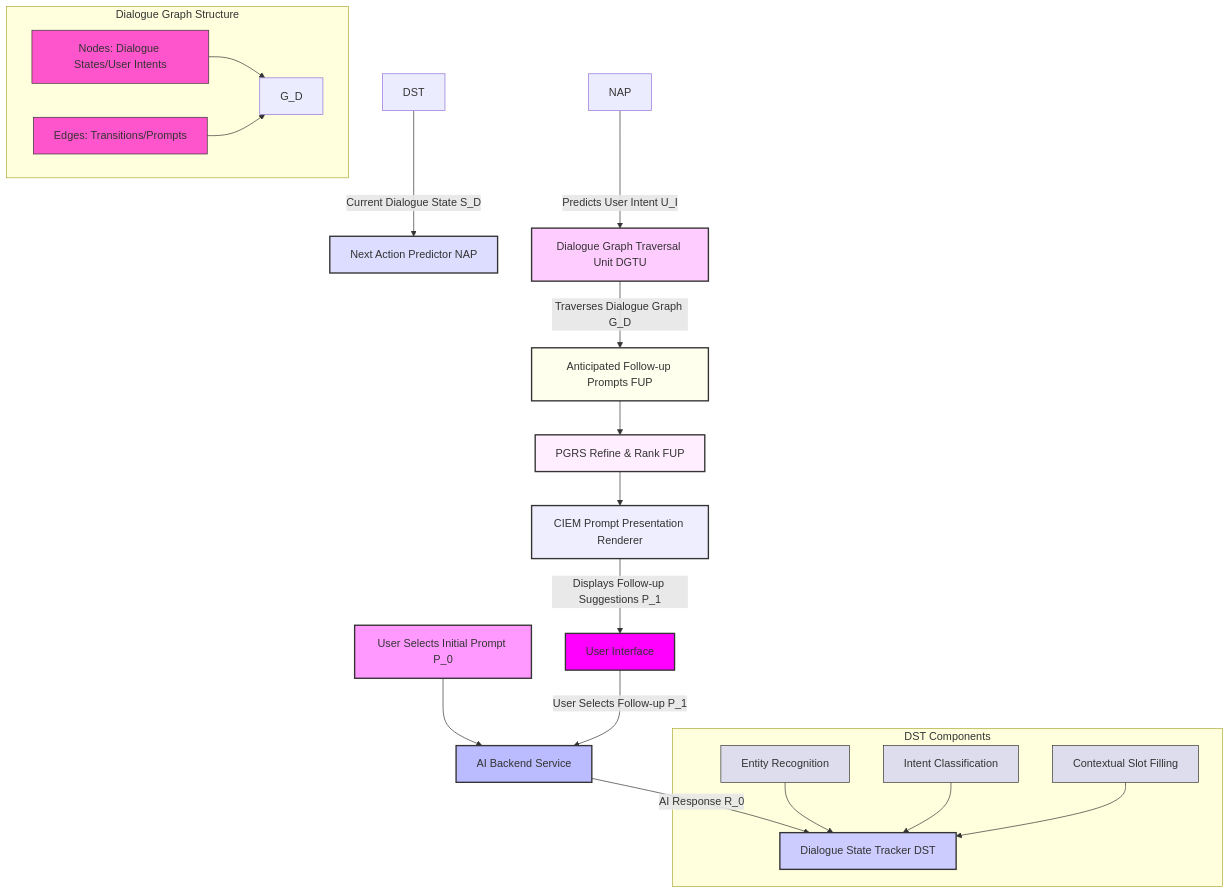
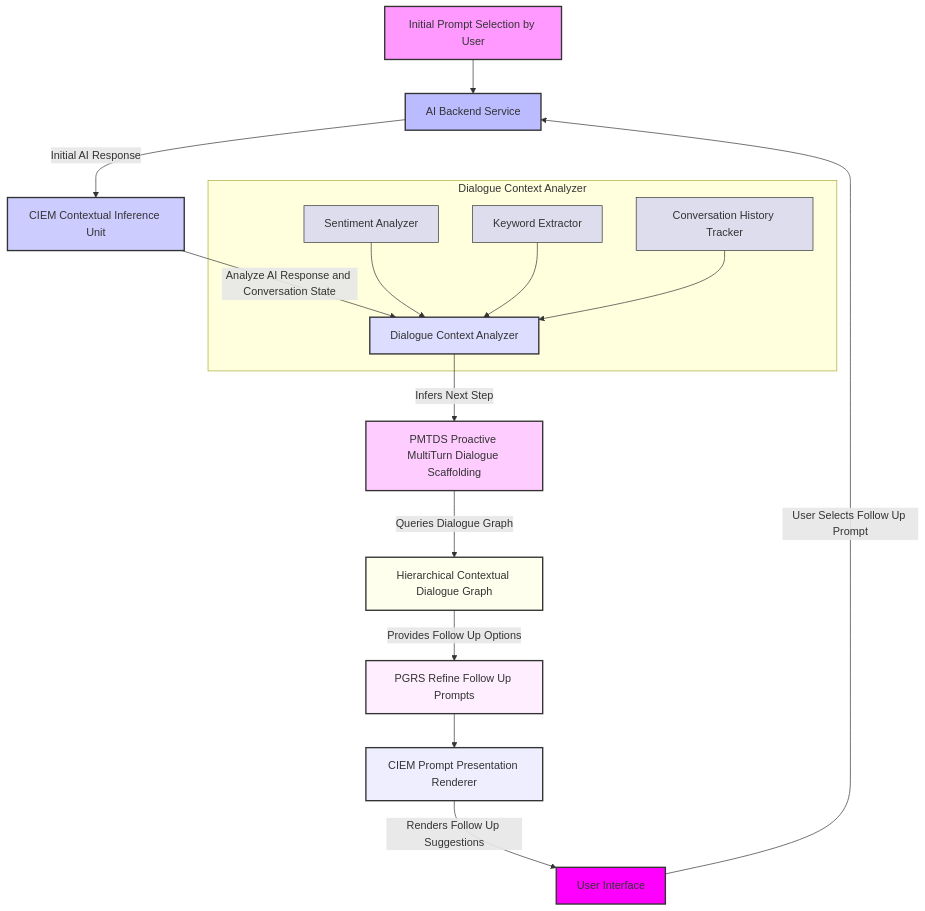
One commit to diplomat-bit/Citibank_Demo_Business_Inc_Demonstration- changed the tenth of 14 diagrams in inventions/002_ai_contextual_prompt_suggestion.md. Above: the diagram before and after it, drawn with Mermaid. The commit also changed other lines of this file, not shown here.

Commit message:
[AI] Edit: inventions/002_ai_contextual_prompt_suggestion.md

````diff
--- a/inventions/002_ai_contextual_prompt_suggestion.md
+++ b/inventions/002_ai_contextual_prompt_suggestion.md
@@ -478,40 +519,32 @@
 ```mermaid
 graph TD
-    A[User Selects Initial Prompt P_0] --> B[AI Backend Service]
-    B -- AI Response R_0 --> C[Dialogue State Tracker DST]
-    DST -- Current Dialogue State S_D --> D[Next Action Predictor NAP]
-    NAP -- Predicts User Intent U_I --> E[Dialogue Graph Traversal Unit DGTU]
-    E -- Traverses Dialogue Graph G_D --> F[Anticipated Follow-up Prompts FUP]
-    F --> G[PGRS Refine & Rank FUP]
+    A[Initial Prompt Selection by User] --> B[AI Backend Service]
+    B -- Initial AI Response --> C[CIEM Contextual Inference Unit]
+    C -- Analyze AI Response and Conversation State --> D[Dialogue Context Analyzer]
+    D -- Infers Next Step --> E[PMTDS Proactive MultiTurn Dialogue Scaffolding]
+    E -- Queries Dialogue Graph --> F[Hierarchical Contextual Dialogue Graph]
+    F -- Provides Follow Up Options --> G[PGRS Refine Follow Up Prompts]
     G --> H[CIEM Prompt Presentation Renderer]
-    H -- Displays Follow-up Suggestions P_1 --> I[User Interface]
-    I -- User Selects Follow-up P_1 --> B
+    H -- Renders Follow Up Suggestions --> I[User Interface]
+    I -- User Selects Follow Up Prompt --> B
 
-    subgraph DST Components
-        C1[Entity Recognition]
-        C2[Intent Classification]
-        C3[Contextual Slot Filling]
-        C1 & C2 & C3 --> C
-    end
-
-    subgraph Dialogue Graph Structure
-        F1[Nodes: Dialogue States/User Intents]
-        F2[Edges: Transitions/Prompts]
-        F1 & F2 --> G_D
+    subgraph Dialogue Context Analyzer
+        D1[Sentiment Analyzer]
+        D2[Keyword Extractor]
+        D3[Conversation History Tracker]
+        D1 & D2 & D3 --> D
     end
 
     style A fill:#f9f,stroke:#333,stroke-width:2px
     style B fill:#bbf,stroke:#333,stroke-width:2px
     style C fill:#ccf,stroke:#333,stroke-width:2px
     style D fill:#ddf,stroke:#333,stroke-width:2px
     style E fill:#fcf,stroke:#333,stroke-width:2px
     style F fill:#ffe,stroke:#333,stroke-width:2px
     style G fill:#fef,stroke:#333,stroke-width:2px
     style H fill:#eef,stroke:#333,stroke-width:2px
     style I fill:#f0f,stroke:#333,stroke-width:2px
-    style C1 fill:#dde,stroke:#333,stroke-width:1px
-    style C2 fill:#dde,stroke:#333,stroke-width:1px
-    style C3 fill:#dde,stroke:#333,stroke-width:1px
-    style F1 fill:#f5c,stroke:#333,stroke-width:1px
-    style F2 fill:#f5c,stroke:#333,stroke-width:1px
+    style D1 fill:#dde,stroke:#333,stroke-width:1px
+    style D2 fill:#dde,stroke:#333,stroke-width:1px
+    style D3 fill:#dde,stroke:#333,stroke-width:1px
 ```
````
